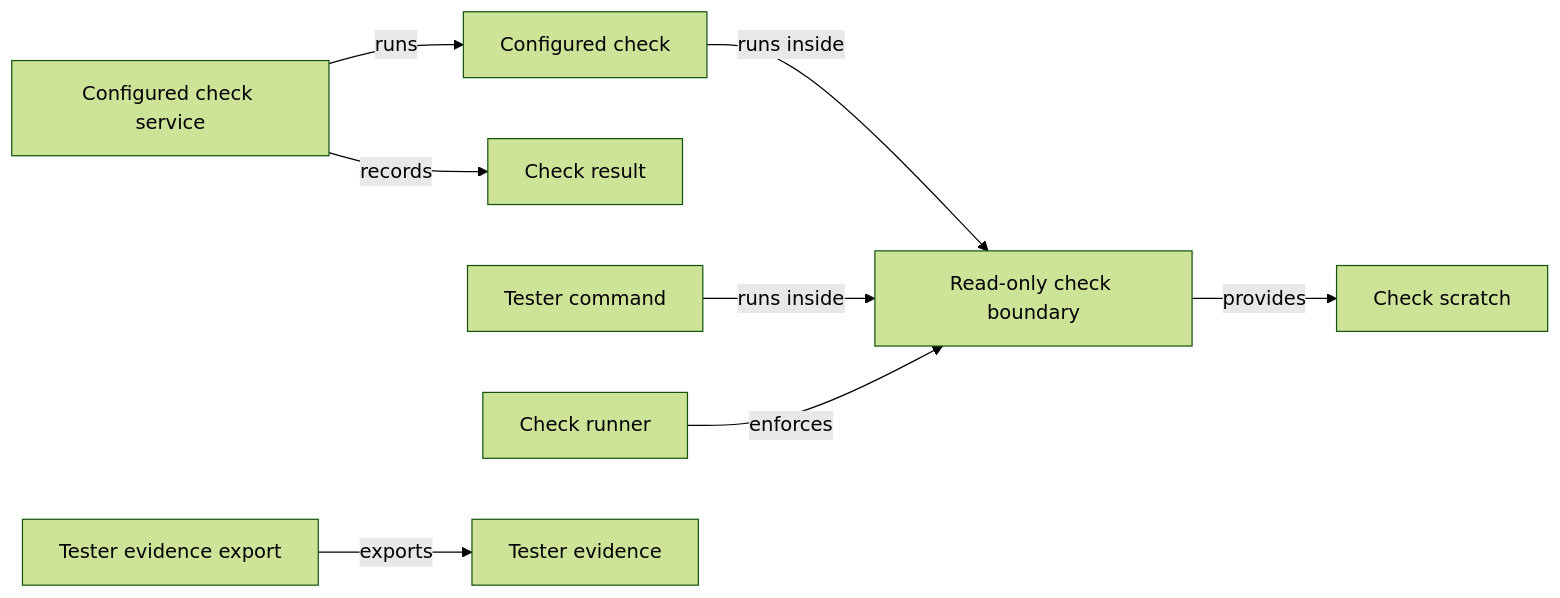
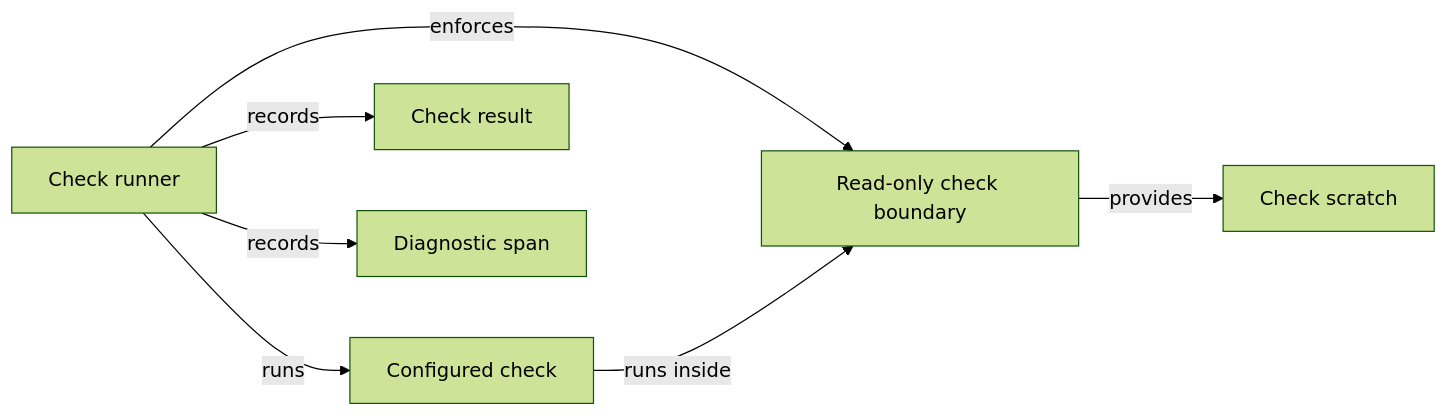
One commit to FTOD/concorde changed the first of 2 diagrams in specs/concorde/harness/checks/module.md. Above: the diagram before and after it, drawn with Mermaid (forest theme). The commit also changed other lines of this file and 666 other files, not shown here.

````diff
--- a/specs/concorde/harness/checks/module.md
+++ b/specs/concorde/harness/checks/module.md
@@ -116,21 +99,17 @@
 ```mermaid
 flowchart LR
     accTitle: Check execution
-    accDescr: The configured check service runs configured checks inside the read-only check boundary and records check results; tester commands run inside the same boundary; the runner enforces it and provides scratch; the Host exports tester evidence.
-    service[Configured check service]
+    accDescr: The check runner runs configured checks, records check results and diagnostic spans, and enforces the read-only check boundary, which provides the check scratch; configured checks run inside the boundary.
+    runner[Check runner]
     check[Configured check]
     result[Check result]
-    runner[Check runner]
     boundary[Read-only check boundary]
     scratch[Check scratch]
-    tester[Tester command]
-    export[Tester evidence export]
-    evidence[Tester evidence]
-    service -->|runs| check
-    service -->|records| result
+    span[Diagnostic span]
+    runner -->|runs| check
+    runner -->|records| result
+    runner -->|records| span
+    runner -->|enforces| boundary
     check -->|runs inside| boundary
-    tester -->|runs inside| boundary
-    runner -->|enforces| boundary
     boundary -->|provides| scratch
-    export -->|exports| evidence
 ```
````
